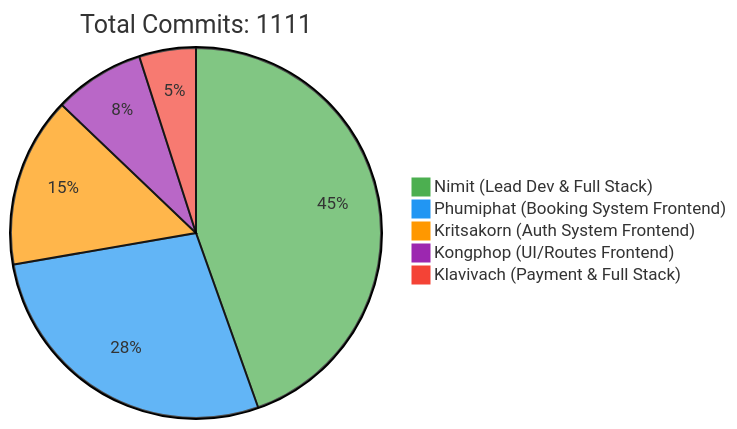
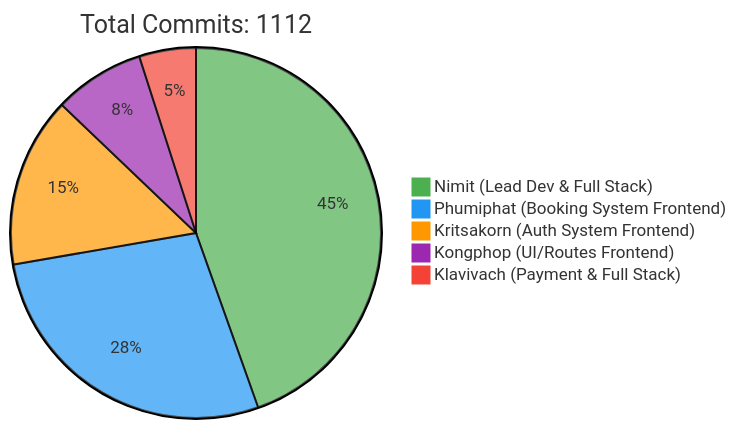
Before and after one commit to 6531503042/Sport-Complex: the first of 2 diagrams in README.md, drawn with Mermaid. The commit also changed other lines of this file, not shown here.

Commit message:
docs: Update contributor statistics [skip ci]

````diff
--- a/README.md
+++ b/README.md
@@ -257,10 +257,10 @@
 ```mermaid
 %%{init: {'theme': 'base', 'themeVariables': { 'pie1': '#4CAF50', 'pie2': '#2196F3', 'pie3': '#FF9800', 'pie4': '#9C27B0', 'pie5': '#F44336'}}}%%
 pie
-    title Total Commits: 1111
+    title Total Commits: 1112
     "Nimit (Lead Dev & Full Stack)" : 450
     "Phumiphat (Booking System Frontend)" : 280
     "Kritsakorn (Auth System Frontend)" : 150
     "Kongphop (UI/Routes Frontend)" : 80
     "Klavivach (Payment & Full Stack)" : 50
 ```
````
